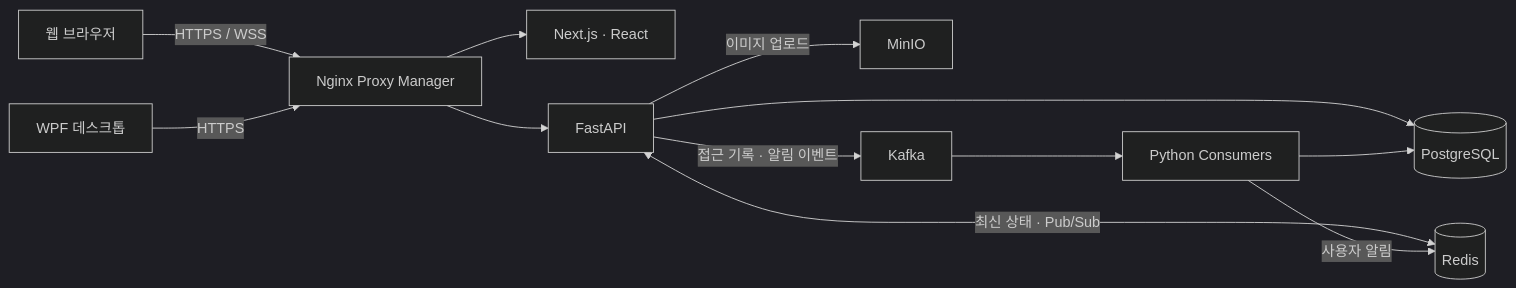
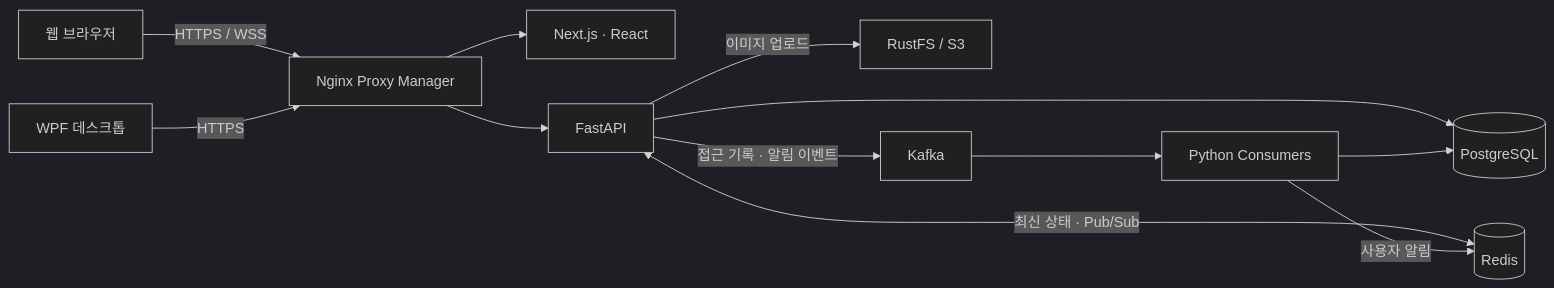
Before and after one commit to eft-library/eft-library-back: the first of 3 diagrams in README.md, drawn with Mermaid (dark theme). The commit also changed other lines of this file and 2 other files, not shown here.

````diff
--- a/README.md
+++ b/README.md
@@ -15,14 +15,14 @@
 ```mermaid
 flowchart LR
     Browser[웹 브라우저] -->|HTTPS / WSS| Proxy[Nginx Proxy Manager]
     Proxy --> Front[Next.js · React]
     Proxy --> API[FastAPI]
     Desktop[WPF 데스크톱] -->|HTTPS| Proxy
     API --> DB[(PostgreSQL)]
     API <-->|최신 상태 · Pub/Sub| Redis[(Redis)]
-    API -->|이미지 업로드| MinIO[MinIO]
+    API -->|이미지 업로드| ObjectStorage[RustFS / S3]
     API -->|접근 기록 · 알림 이벤트| Kafka[Kafka]
     Kafka --> Consumer[Python Consumers]
     Consumer --> DB
     Consumer -->|사용자 알림| Redis
 ```
````
